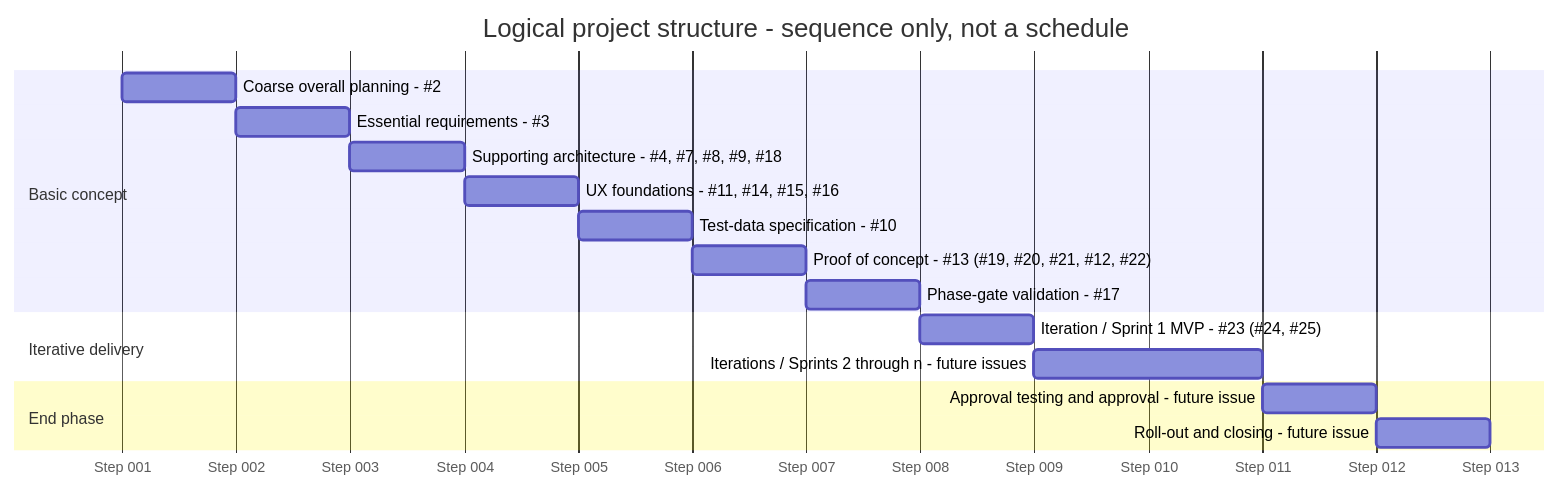
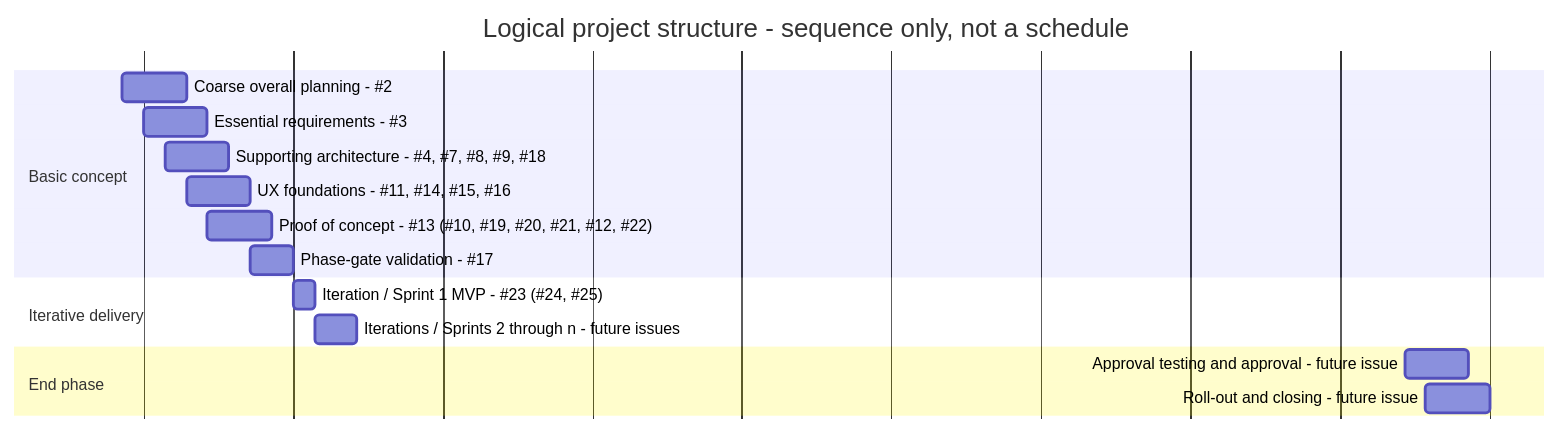
Before and after one commit to hochschule-darmstadt/a3se_app: the diagram in docs/management/project-management/project-structure.mmd, drawn with Mermaid. The commit also changed 2 other files, not shown here.

Commit message:
Fold test-data specification into the PoC bar and de-waterfall the Gantt chart
Move #10 into the Proof of concept group instead of its own bar/row,
since it closed immediately before the PoC subissues started. Stagger
the Basic Concept and End Phase bars so they overlap rather than run
strictly sequentially, and blank the x-axis tick labels, since neither
the abstract "Step" numbering nor edge-to-edge bars reflect how this
lifecycle actually proceeds.

```diff
--- a/docs/management/project-management/project-structure.mmd
+++ b/docs/management/project-management/project-structure.mmd
@@ -1,21 +1,20 @@
 gantt
   title Logical project structure - sequence only, not a schedule
   dateFormat YYYY-MM-DD
-  axisFormat Step %j
+  axisFormat  
 
   section Basic concept
-  Coarse overall planning - #2                       :plan, 2000-01-01, 1d
-  Essential requirements - #3                        :requirements, after plan, 1d
-  Supporting architecture - #4, #7, #8, #9, #18     :architecture, after requirements, 1d
-  UX foundations - #11, #14, #15, #16                :ux, after architecture, 1d
-  Test-data specification - #10                       :testdata, after ux, 1d
-  Proof of concept - #13 (#19, #20, #21, #12, #22)   :poc, after testdata, 1d
-  Phase-gate validation - #17                         :gate, after poc, 1d
+  Coarse overall planning - #2                             :plan, 2000-01-01, 3d
+  Essential requirements - #3                               :requirements, 2000-01-02, 3d
+  Supporting architecture - #4, #7, #8, #9, #18             :architecture, 2000-01-03, 3d
+  UX foundations - #11, #14, #15, #16                        :ux, 2000-01-04, 3d
+  Proof of concept - #13 (#10, #19, #20, #21, #12, #22)     :poc, 2000-01-05, 3d
+  Phase-gate validation - #17                                :gate, 2000-01-07, 2d
 
   section Iterative delivery
-  Iteration / Sprint 1 MVP - #23 (#24, #25)           :iteration1, after gate, 1d
-  Iterations / Sprints 2 through n - future issues    :iterations, after iteration1, 2d
+  Iteration / Sprint 1 MVP - #23 (#24, #25)                  :iteration1, after gate, 1d
+  Iterations / Sprints 2 through n - future issues            :iterations, after iteration1, 2d
 
   section End phase
-  Approval testing and approval - future issue        :approval, after iterations, 1d
-  Roll-out and closing - future issue                 :closing, after approval, 1d
+  Approval testing and approval - future issue                :approval, 2000-03-01, 3d
+  Roll-out and closing - future issue                          :closing, 2000-03-02, 3d
```
